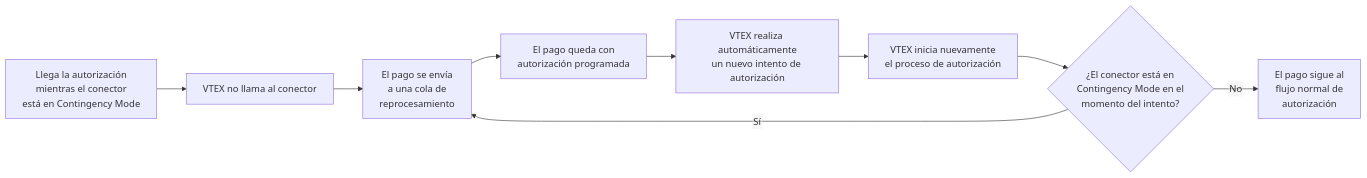
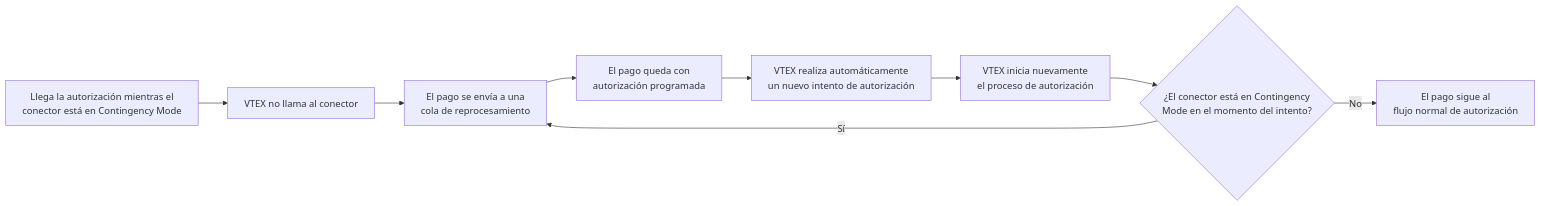
Before and after one commit to vtexdocs/help-center-content: the second of 2 diagrams in docs/es/tutorials/pagos/transacciones/mode-off-faq.md, drawn with Mermaid. The commit also changed other lines of this file and 2 other files, not shown here.

Commit message:
update: edu-18553 fix mermaid node text clipping in contingency mode faq
Cap every flowchart node at two lines and raise wrappingWidth so labels don't wrap into a third line, which the Help Center renderer clips at the bottom of the box.

````diff
--- a/docs/es/tutorials/pagos/transacciones/mode-off-faq.md
+++ b/docs/es/tutorials/pagos/transacciones/mode-off-faq.md
@@ -128,12 +128,12 @@
 ```mermaid
-%%{init: {'flowchart': {'htmlLabels': false, 'useMaxWidth': false, 'wrappingWidth': 220, 'padding': 14}}}%%
+%%{init: {'flowchart': {'htmlLabels': true, 'useMaxWidth': false, 'wrappingWidth': 500, 'padding': 14}}}%%
 flowchart LR
-    A["Llega la autorización<br/>mientras el conector<br/>está en Contingency Mode"] --> B["VTEX no llama al conector"]
-    B --> C["El pago se envía<br/>a una cola de<br/>reprocesamiento"]
+    A["Llega la autorización mientras el<br/>conector está en Contingency Mode"] --> B["VTEX no llama al conector"]
+    B --> C["El pago se envía a una<br/>cola de reprocesamiento"]
     C --> D["El pago queda con<br/>autorización programada"]
     D --> E["VTEX realiza automáticamente<br/>un nuevo intento de autorización"]
     E --> F["VTEX inicia nuevamente<br/>el proceso de autorización"]
-    F --> G{"¿El conector está en<br/>Contingency Mode en el<br/>momento del intento?"}
+    F --> G{"¿El conector está en Contingency<br/>Mode en el momento del intento?"}
     G -- "Sí" --> C
-    G -- "No" --> H["El pago sigue al<br/>flujo normal de<br/>autorización"]
+    G -- "No" --> H["El pago sigue al<br/>flujo normal de autorización"]
 ```
````
